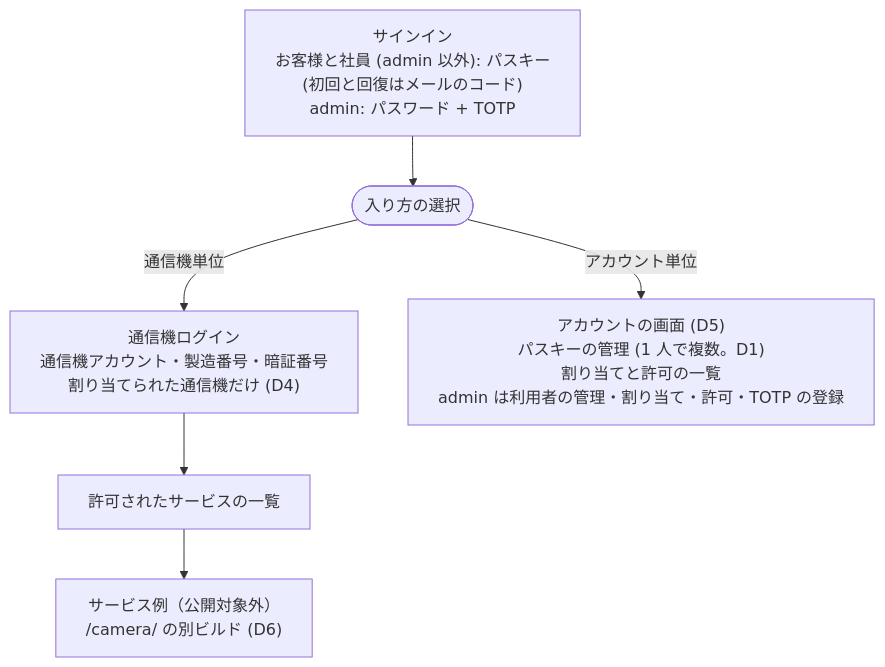
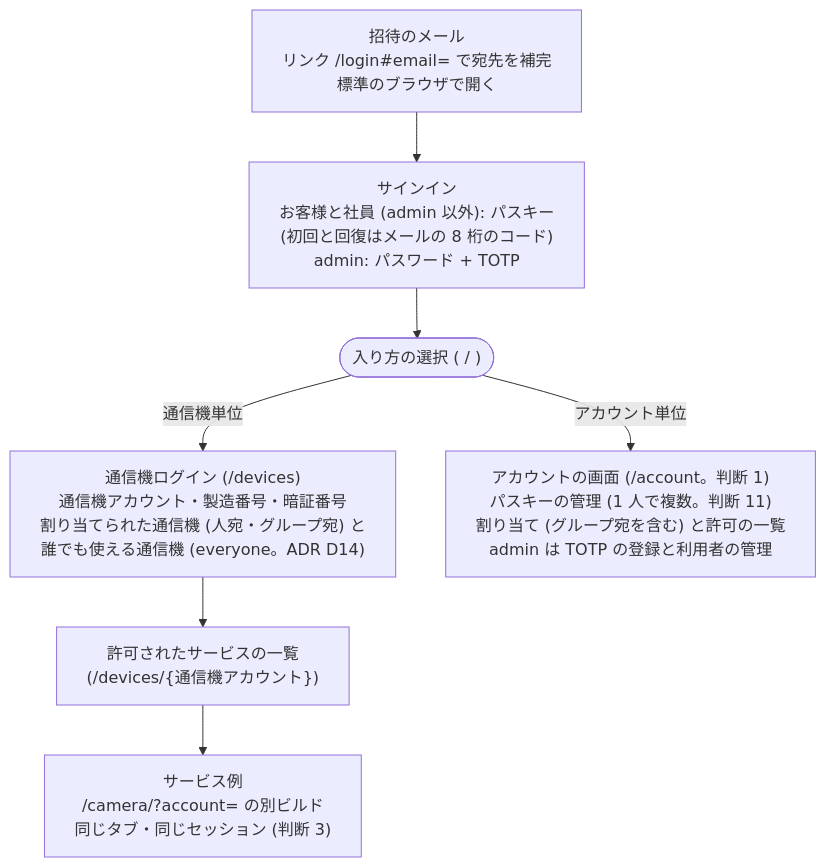
Before and after one commit to nori1173-ops/service-platform: the diagram in Documents/images/user-flow.mmd, drawn with Mermaid. The commit also changed 277 other files, not shown here.

```diff
--- a/Documents/images/user-flow.mmd
+++ b/Documents/images/user-flow.mmd
@@ -1,13 +1,15 @@
 %%{init: {"fontFamily": "\"Noto Sans CJK JP\", \"Noto Sans JP\", \"Yu Gothic UI\", Meiryo, sans-serif", "themeVariables": {"fontFamily": "\"Noto Sans CJK JP\", \"Noto Sans JP\", \"Yu Gothic UI\", Meiryo, sans-serif", "fontSize": "16px"}, "sequence": {"actorFontFamily": "\"Noto Sans CJK JP\", \"Noto Sans JP\", \"Yu Gothic UI\", Meiryo, sans-serif", "messageFontFamily": "\"Noto Sans CJK JP\", \"Noto Sans JP\", \"Yu Gothic UI\", Meiryo, sans-serif", "noteFontFamily": "\"Noto Sans CJK JP\", \"Noto Sans JP\", \"Yu Gothic UI\", Meiryo, sans-serif", "actorFontSize": 16, "messageFontSize": 16, "noteFontSize": 16}, "flowchart": {"htmlLabels": true, "wrappingWidth": 460}}}%%
 flowchart TD
-    signin["サインイン<br>お客様と社員 (admin 以外): パスキー<br>(初回と回復はメールのコード)<br>admin: パスワード + TOTP"]
-    choice(["入り方の選択"])
-    device["通信機ログイン<br>通信機アカウント・製造番号・暗証番号<br>割り当てられた通信機だけ (D4)"]
-    services["許可されたサービスの一覧"]
-    camera["サービス例（公開対象外）<br>/camera/ の別ビルド (D6)"]
-    account["アカウントの画面 (D5)<br>パスキーの管理 (1 人で複数。D1)<br>割り当てと許可の一覧<br>admin は利用者の管理・割り当て・許可・TOTP の登録"]
+    invite["招待のメール<br>リンク /login#email= で宛先を補完<br>標準のブラウザで開く"]
+    signin["サインイン<br>お客様と社員 (admin 以外): パスキー<br>(初回と回復はメールの 8 桁のコード)<br>admin: パスワード + TOTP"]
+    choice(["入り方の選択 ( / )"])
+    device["通信機ログイン (/devices)<br>通信機アカウント・製造番号・暗証番号<br>割り当てられた通信機 (人宛・グループ宛) と<br>誰でも使える通信機 (everyone。ADR D14)"]
+    services["許可されたサービスの一覧<br>(/devices/{通信機アカウント})"]
+    camera["サービス例<br>/camera/?account= の別ビルド<br>同じタブ・同じセッション (判断 3)"]
+    account["アカウントの画面 (/account。判断 1)<br>パスキーの管理 (1 人で複数。判断 11)<br>割り当て (グループ宛を含む) と許可の一覧<br>admin は TOTP の登録と利用者の管理"]
+    invite --> signin
     signin --> choice
     choice -->|通信機単位| device
     device --> services
     services --> camera
     choice -->|アカウント単位| account
```
